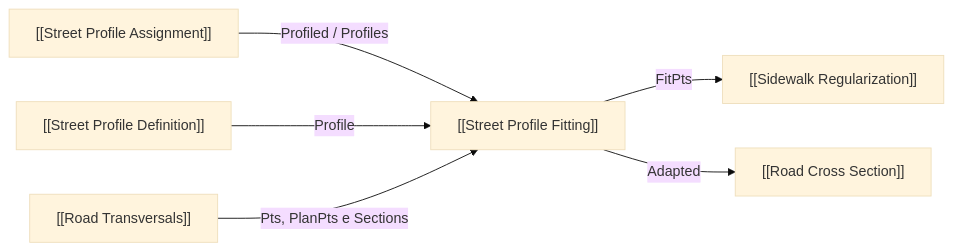
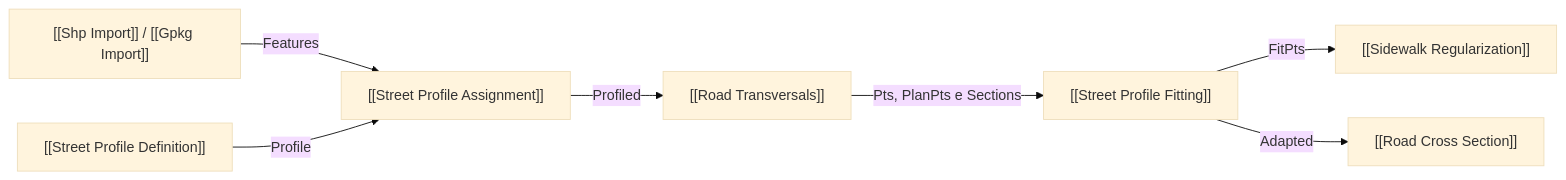
Before and after one commit to jeffersonfreireribeiro-hash/Glaux_urb: the diagram in Segundo_Cerebro/02 - 🧩 Componentes Grasshopper/Urb/Street Profile Fitting.md, drawn with Mermaid (base theme). The commit also changed other lines of this file and 25 other files, not shown here.

Commit message:
feat(urb): expose typed GIS attributes and clarify profile fitting

````diff
--- a/Segundo_Cerebro/02 - 🧩 Componentes Grasshopper/Urb/Street Profile Fitting.md
+++ b/Segundo_Cerebro/02 - 🧩 Componentes Grasshopper/Urb/Street Profile Fitting.md
@@ -41,8 +41,9 @@
 ```mermaid
 flowchart LR
-  ASSIGN["[[Street Profile Assignment]]"] -->|Profiled / Profiles| FIT["[[Street Profile Fitting]]"]
-  DEF["[[Street Profile Definition]]"] -->|Profile| FIT
-  RT["[[Road Transversals]]"] -->|Pts, PlanPts e Sections| FIT
+  IMP["[[Shp Import]] / [[Gpkg Import]]"] -->|Features| ASSIGN["[[Street Profile Assignment]]"]
+  DEF["[[Street Profile Definition]]"] -->|Profile| ASSIGN
+  ASSIGN -->|Profiled| RT["[[Road Transversals]]"]
+  RT -->|Pts, PlanPts e Sections| FIT["[[Street Profile Fitting]]"]
   FIT -->|FitPts| SR["[[Sidewalk Regularization]]"]
   FIT -->|Adapted| RCS["[[Road Cross Section]]"]
 ```
````
